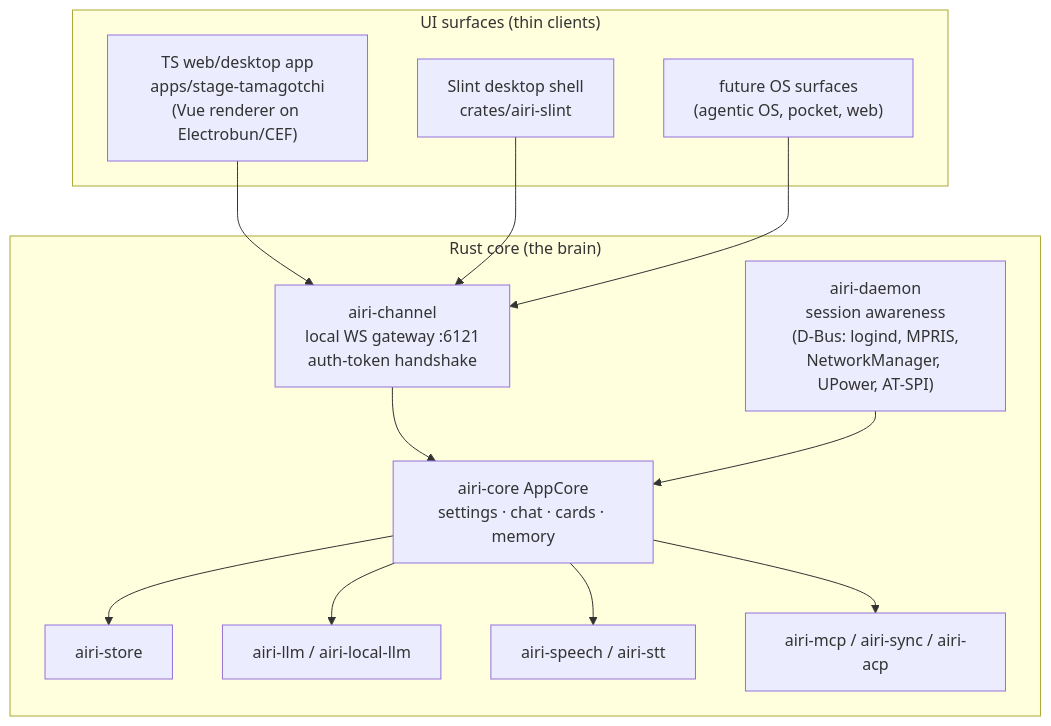
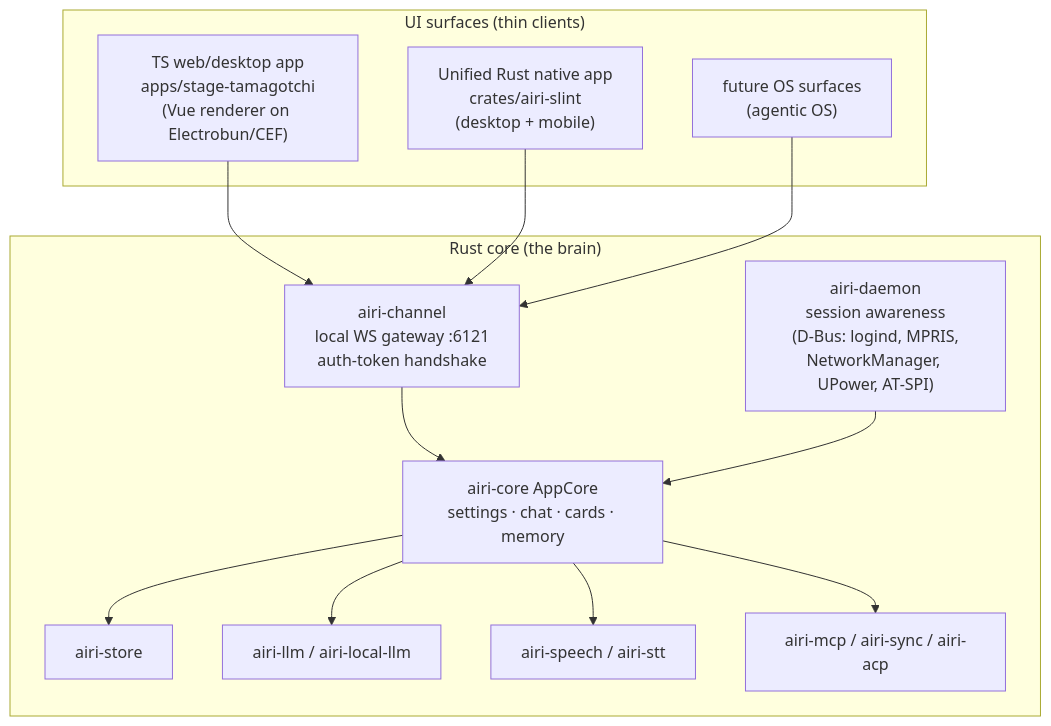
The diagram in docs/README.md (7n1m4/airi), drawn with Mermaid before and after one commit. The commit also changed other lines of this file and 179 other files, not shown here.

First line of the commit message:
chore: purge stage-pocket (Capacitor) in favor of a unified Rust native app

````diff
--- a/docs/README.md
+++ b/docs/README.md
@@ -33,26 +33,26 @@
 ```mermaid
 graph TB
   subgraph surfaces["UI surfaces (thin clients)"]
     web["TS web/desktop app<br/>apps/stage-tamagotchi<br/>(Vue renderer on Electrobun/CEF)"]
-    slint["Slint desktop shell<br/>crates/airi-slint"]
-    future["future OS surfaces<br/>(agentic OS, pocket, web)"]
+    slint["Unified Rust native app<br/>crates/airi-slint<br/>(desktop + mobile)"]
+    future["future OS surfaces<br/>(agentic OS)"]
   end
   subgraph core["Rust core (the brain)"]
     gw["airi-channel<br/>local WS gateway :6121<br/>auth-token handshake"]
     ac["airi-core AppCore<br/>settings · chat · cards · memory"]
     st["airi-store"]
     llm["airi-llm / airi-local-llm"]
     sp["airi-speech / airi-stt"]
     mcp["airi-mcp / airi-sync / airi-acp"]
     daemon["airi-daemon<br/>session awareness<br/>(D-Bus: logind, MPRIS,<br/>NetworkManager, UPower, AT-SPI)"]
   end
   web --> gw
   slint --> gw
   future --> gw
   gw --> ac
   ac --> st
   ac --> llm
   ac --> sp
   ac --> mcp
   daemon --> ac
 ```
````
